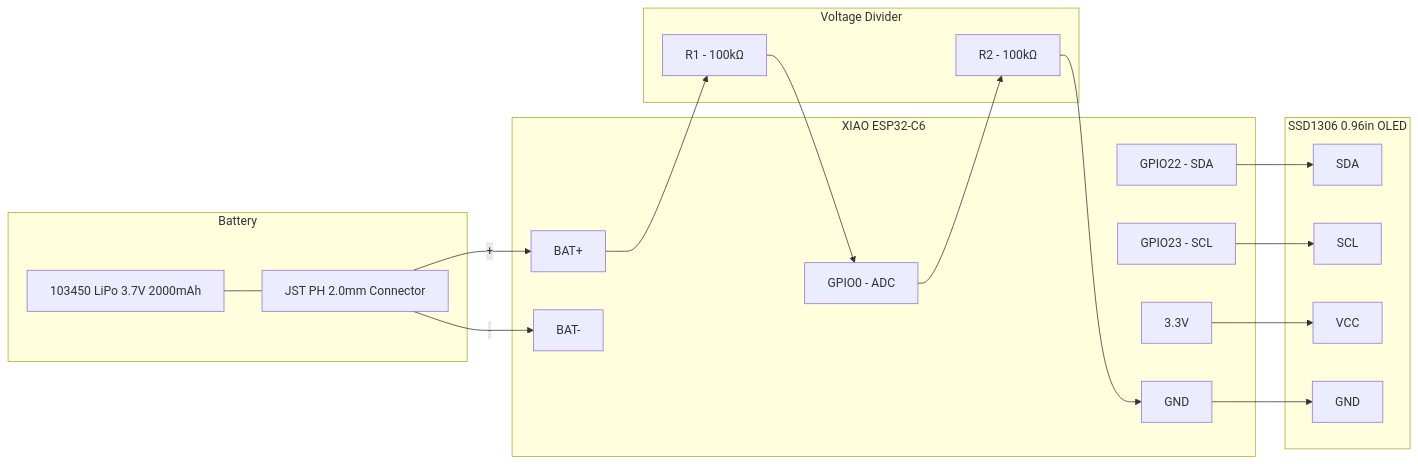
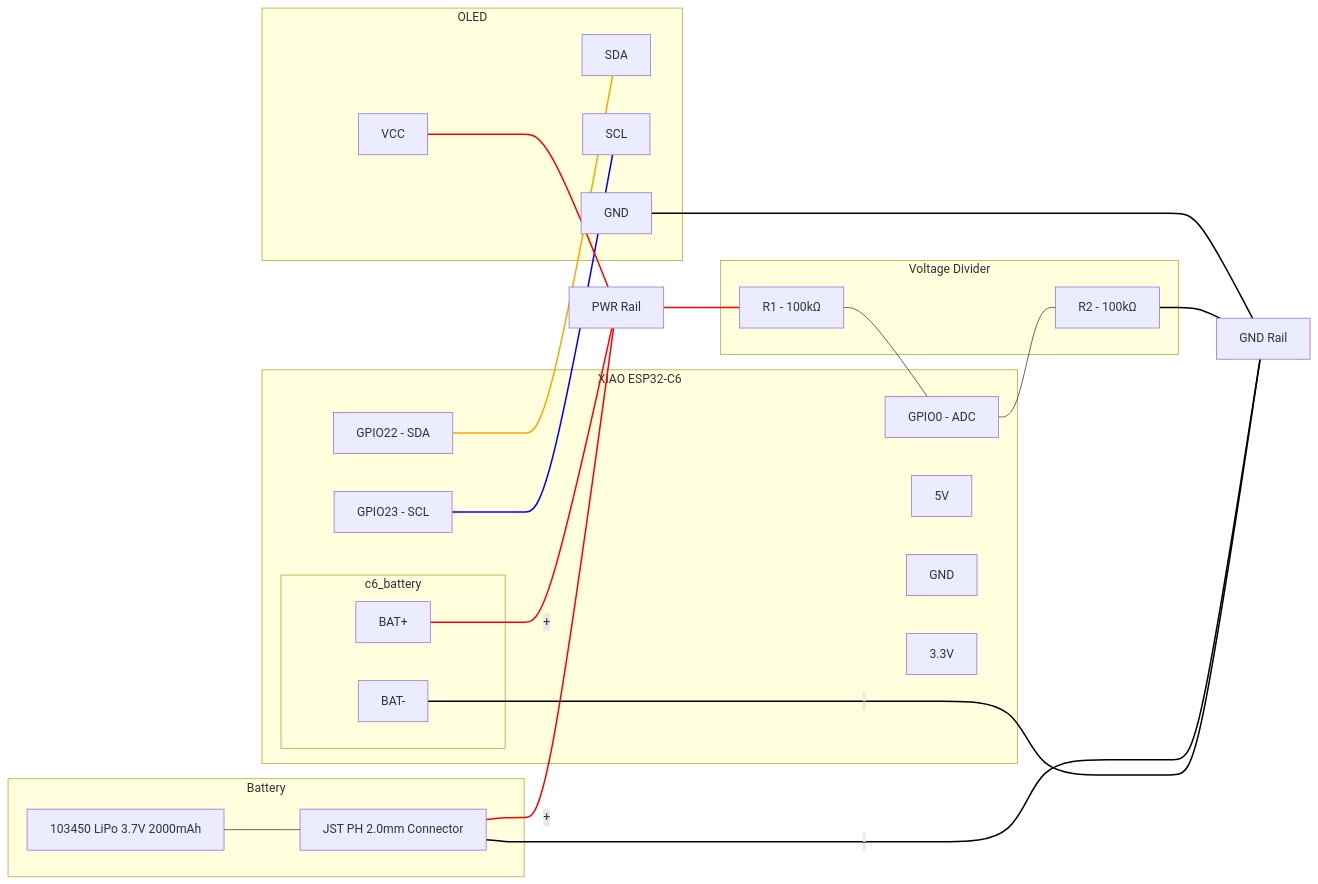
The diagram in projects/xiao-c6-lipo-charger-with-oled/README.md (dpetzel/esphome), drawn with Mermaid before and after one commit.

Commit message:
fixup wiring

````diff
--- a/projects/xiao-c6-lipo-charger-with-oled/README.md
+++ b/projects/xiao-c6-lipo-charger-with-oled/README.md
@@ -41,42 +41,70 @@
 ```mermaid
 graph LR
+
     subgraph Battery
         BAT[103450 LiPo 3.7V 2000mAh]
         JST[JST PH 2.0mm Connector]
         BAT --- JST
     end
 
     subgraph XIAO[XIAO ESP32-C6]
-        BAT_POS[BAT+]
-        BAT_NEG[BAT-]
+        subgraph c6_battery
+            BAT_POS[BAT+]
+            BAT_NEG[BAT-]
+        end
         GPIO0[GPIO0 - ADC]
+        5V
+        GND[GND]
+        3V3[3.3V]
         GPIO22[GPIO22 - SDA]
         GPIO23[GPIO23 - SCL]
-        GND[GND]
-        VCC[3.3V]
+
     end
 
     subgraph Voltage Divider
         R1[R1 - 100kΩ]
         R2[R2 - 100kΩ]
     end
 
-    subgraph OLED[SSD1306 0.96in OLED]
+    subgraph OLED
         SDA_PIN[SDA]
         SCL_PIN[SCL]
         OLED_VCC[VCC]
         OLED_GND[GND]
     end
 
-    JST -->|+| BAT_POS
-    JST -->|-| BAT_NEG
-    BAT_POS --> R1
-    R1 --> GPIO0
-    GPIO0 --> R2
-    R2 --> GND
+    BAT_NEG ---|-| RAIL_GND[GND Rail]
+    BAT_POS ---|+| RAIL_POS[PWR Rail]
 
-    GPIO22 --> SDA_PIN
-    GPIO23 --> SCL_PIN
-    VCC --> OLED_VCC
-    GND --> OLED_GND
+    JST ---|+| RAIL_POS
+    JST ---|-| RAIL_GND
+    RAIL_POS --- R1
+    R1 --- GPIO0
+    GPIO0 --- R2
+    R2 --- RAIL_GND
+
+    %% OLED Wiring
+    GPIO22 --- SDA_PIN
+    GPIO23 --- SCL_PIN
+    OLED_VCC --- RAIL_POS
+    OLED_GND --- RAIL_GND
+
+    %% Power Lines
+    linkStyle 2 stroke:red,stroke-width:2px;
+    linkStyle 3 stroke:red,stroke-width:2px;
+    linkStyle 5 stroke:red,stroke-width:2px;
+    linkStyle 11 stroke:red,stroke-width:2px;
+
+    %% GND Lines
+    linkStyle 1 stroke:black,stroke-width:2px;
+    linkStyle 4 stroke:black,stroke-width:2px;
+    linkStyle 8 stroke:black,stroke-width:2px;
+    linkStyle 12 stroke:black,stroke-width:2px;
+
+    %% SDA
+    linkStyle 9 stroke:orange,stroke-width:2px;
+
+    %% SCL
+    linkStyle 10 stroke:blue,stroke-width:2px;
+    
 ```
````
